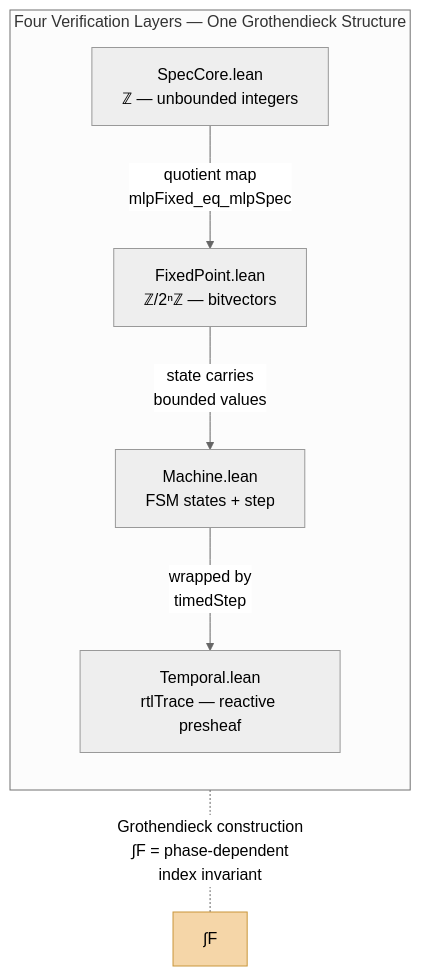
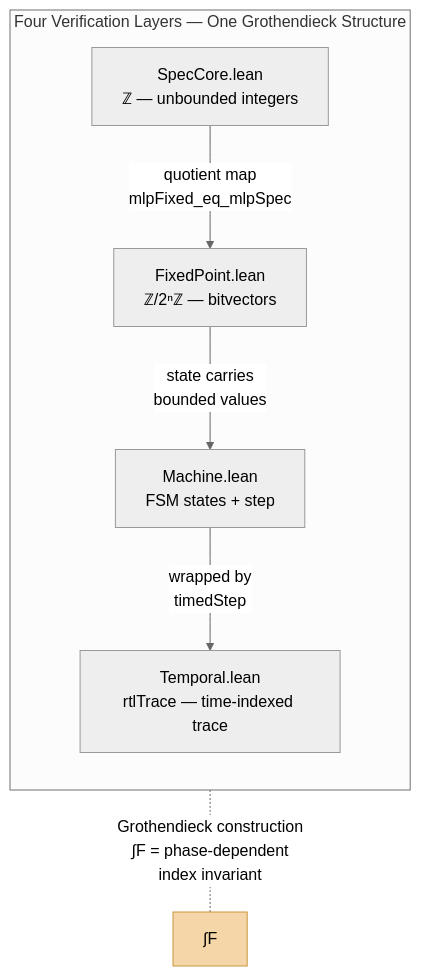
Before and after one commit to dfdgsdfg/ann-rtl-lean-poc: the first of 24 diagrams in docs/hardware-mathematics.md, drawn with Mermaid (neutral theme). The commit also changed other lines of this file and 7 other files, not shown here.

````diff
--- a/docs/hardware-mathematics.md
+++ b/docs/hardware-mathematics.md
@@ -29,18 +29,18 @@
 ```mermaid
 graph TB
     subgraph "Four Verification Layers — One Grothendieck Structure"
         direction TB
         SPEC["SpecCore.lean<br/>ℤ — unbounded integers"]
         FP["FixedPoint.lean<br/>ℤ/2ⁿℤ — bitvectors"]
         MACH["Machine.lean<br/>FSM states + step"]
-        TEMP["Temporal.lean<br/>rtlTrace — reactive presheaf"]
+        TEMP["Temporal.lean<br/>rtlTrace — time-indexed trace"]
     end
 
     SPEC -->|"quotient map<br/>mlpFixed_eq_mlpSpec"| FP
     FP -->|"state carries<br/>bounded values"| MACH
     MACH -->|"wrapped by<br/>timedStep"| TEMP
 
     MACH -.-|"Grothendieck construction<br/>∫F = phase-dependent<br/>index invariant"| GC["∫F"]
 
     style GC fill:#f5d6a8,stroke:#c9963a
 ```
````
